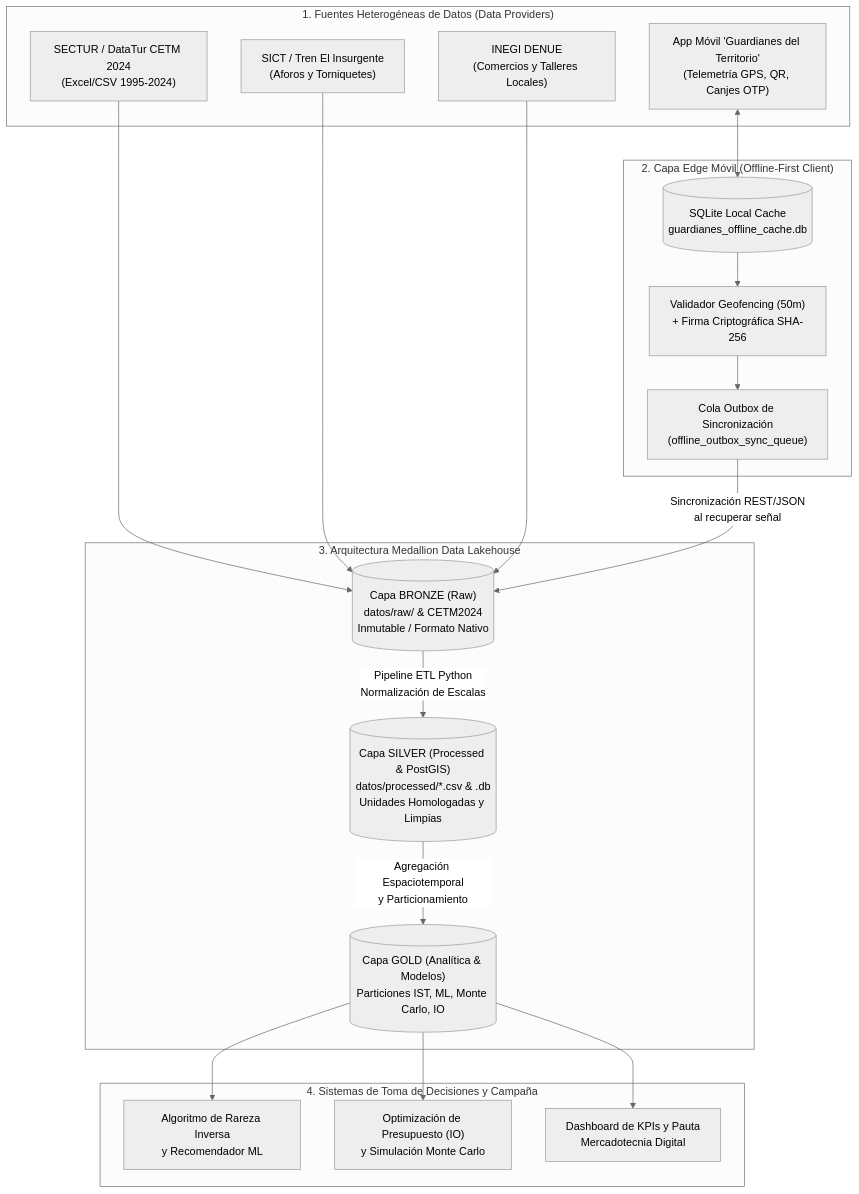
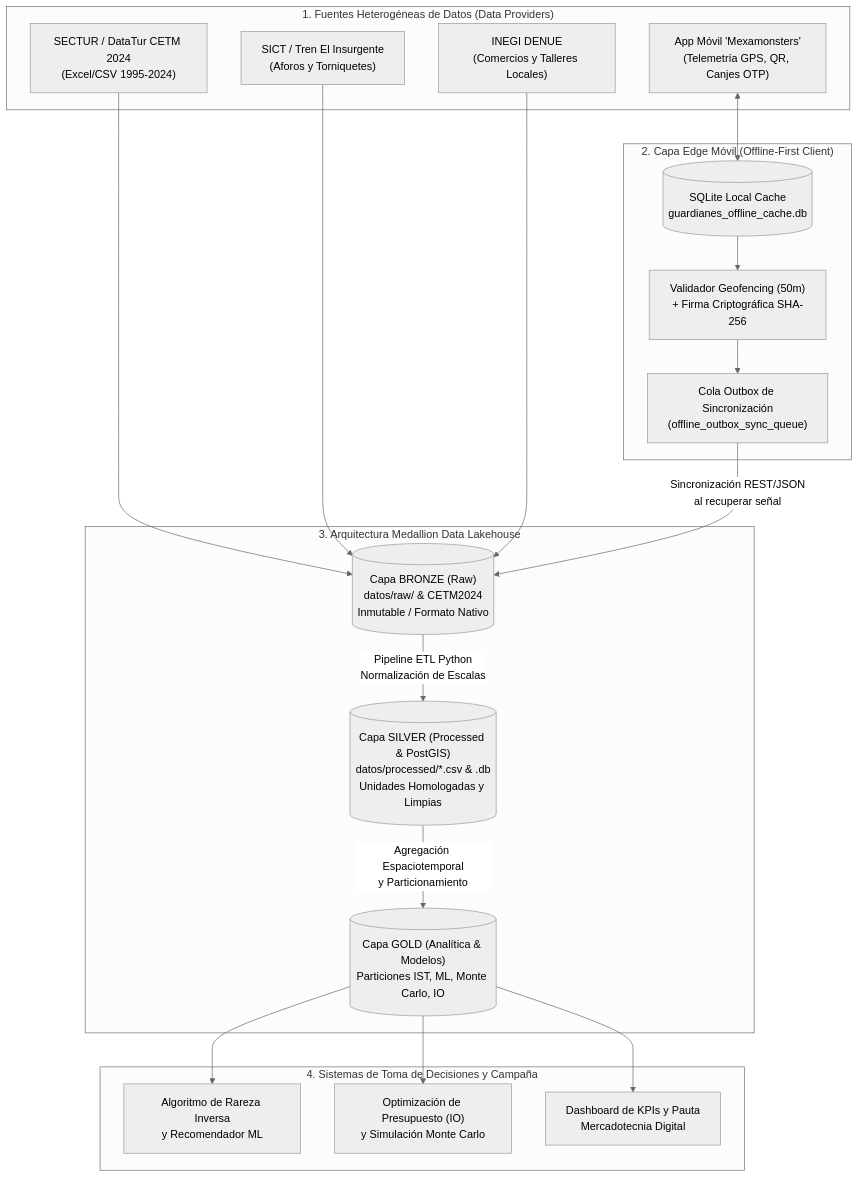
One commit to axelacostaayala-ui/tourism changed the diagram in docs/ARQUITECTURA_BIG_DATA.md. Above: the diagram before and after it, drawn with Mermaid (neutral theme). The commit also changed other lines of this file and 8 other files, not shown here.

````diff
--- a/docs/ARQUITECTURA_BIG_DATA.md
+++ b/docs/ARQUITECTURA_BIG_DATA.md
@@ -33,35 +33,35 @@
 ```mermaid
 flowchart TD
     subgraph Fuentes["1. Fuentes Heterogéneas de Datos (Data Providers)"]
         F1["SECTUR / DataTur CETM 2024\n(Excel/CSV 1995-2024)"]
         F2["SICT / Tren El Insurgente\n(Aforos y Torniquetes)"]
         F3["INEGI DENUE\n(Comercios y Talleres Locales)"]
-        F4["App Móvil 'Guardianes del Territorio'\n(Telemetría GPS, QR, Canjes OTP)"]
+        F4["App Móvil 'Mexamonsters'\n(Telemetría GPS, QR, Canjes OTP)"]
     end
 
     subgraph Edge["2. Capa Edge Móvil (Offline-First Client)"]
         E1[("SQLite Local Cache\nguardianes_offline_cache.db")]
         E2["Validador Geofencing (50m)\n+ Firma Criptográfica SHA-256"]
         E3["Cola Outbox de Sincronización\n(offline_outbox_sync_queue)"]
     end
 
     subgraph Lakehouse["3. Arquitectura Medallion Data Lakehouse"]
         B[("Capa BRONZE (Raw)\ndatos/raw/ & CETM2024\nInmutable / Formato Nativo")]
         S[("Capa SILVER (Processed & PostGIS)\ndatos/processed/*.csv & .db\nUnidades Homologadas y Limpias")]
         G[("Capa GOLD (Analítica & Modelos)\nParticiones IST, ML, Monte Carlo, IO")]
     end
 
     subgraph Consumidores["4. Sistemas de Toma de Decisiones y Campaña"]
         C1["Algoritmo de Rareza Inversa\ny Recomendador ML"]
         C2["Optimización de Presupuesto (IO)\ny Simulación Monte Carlo"]
         C3["Dashboard de KPIs y Pauta\nMercadotecnia Digital"]
     end
 
     F1 & F2 & F3 --> B
     F4 <--> E1
     E1 --> E2 --> E3
     E3 -- "Sincronización REST/JSON\nal recuperar señal" --> B
     B -- "Pipeline ETL Python\nNormalización de Escalas" --> S
     S -- "Agregación Espaciotemporal\ny Particionamiento" --> G
     G --> C1 & C2 & C3
 ```
````
